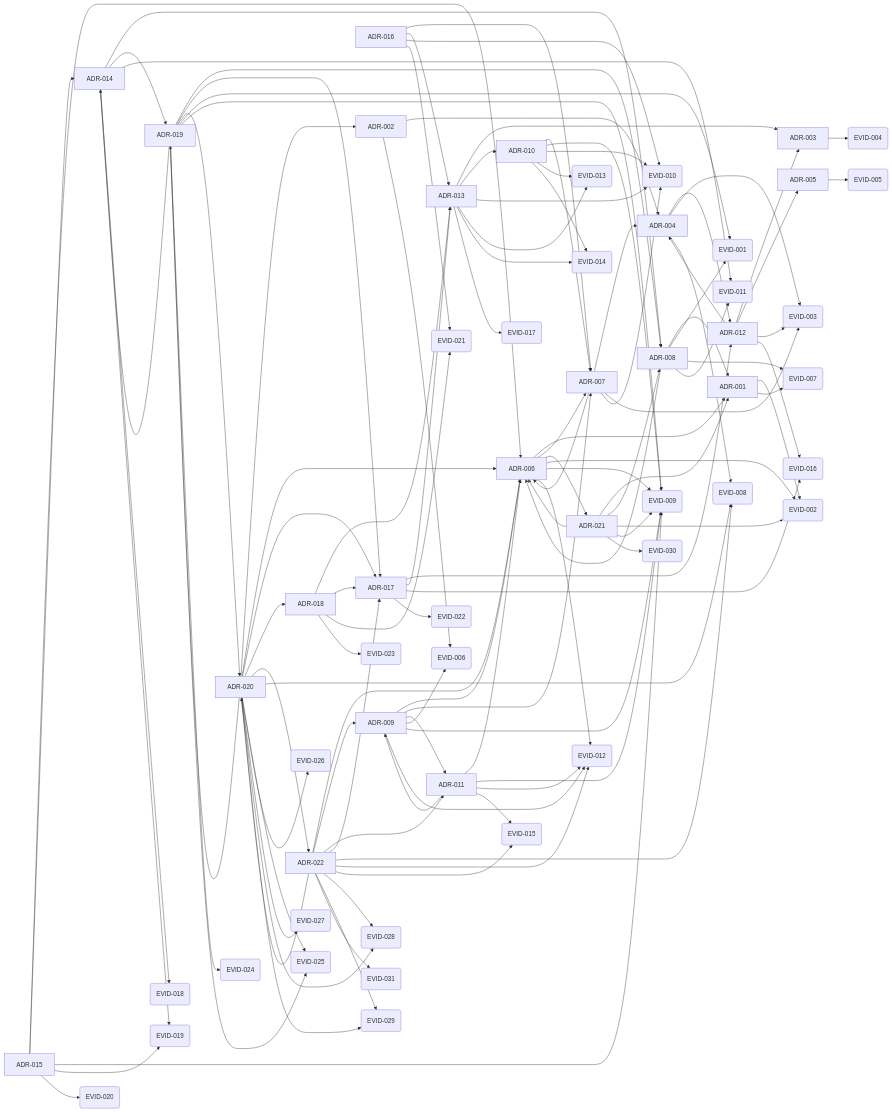
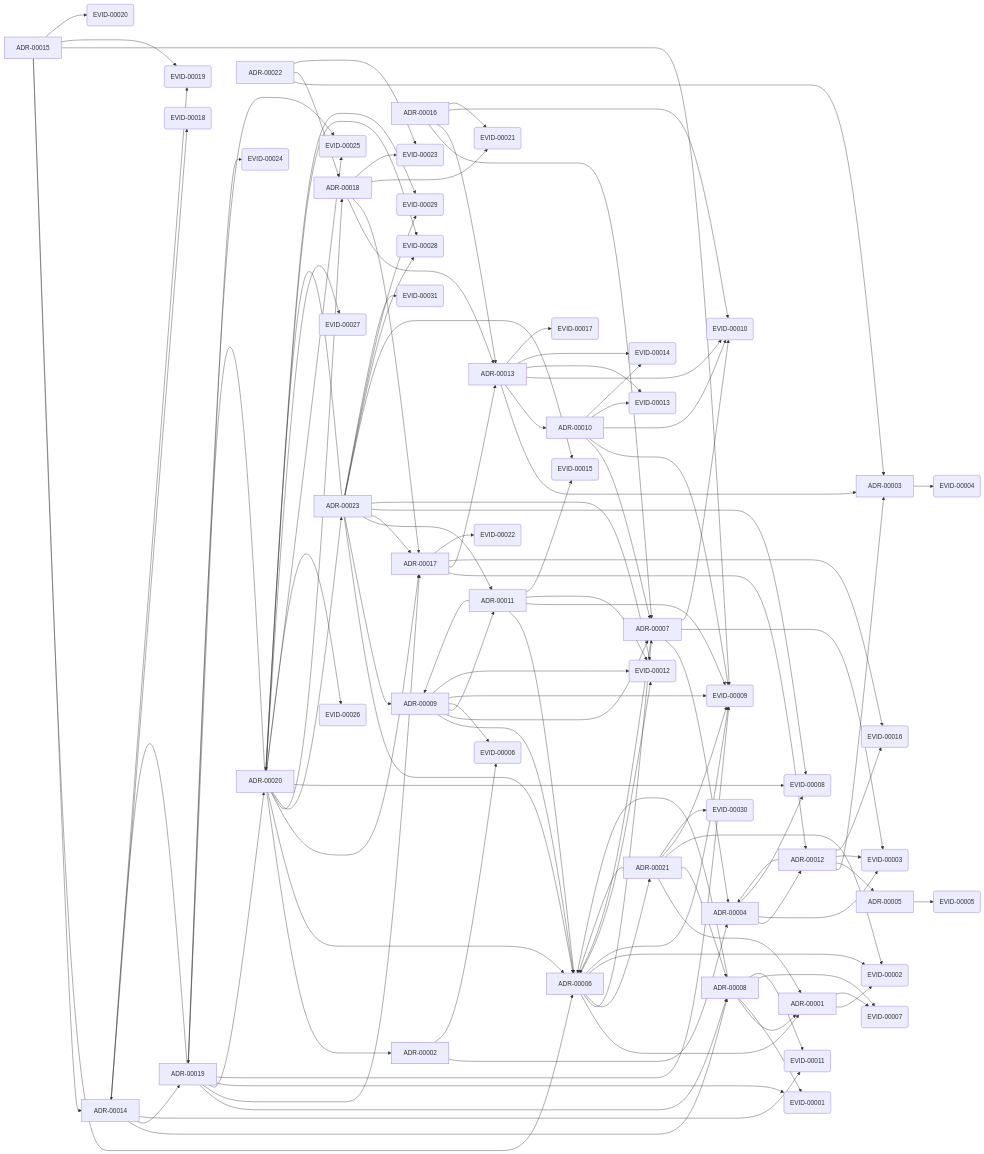
Before and after one commit to TeramachiShunsuke/aidd: the diagram in GRAPH.md, drawn with Mermaid. The commit also changed other lines of this file and 8 other files, not shown here.

````diff
--- a/GRAPH.md
+++ b/GRAPH.md
@@ -35,166 +35,170 @@
 ```mermaid
 graph LR
-  ADR_001[ADR-001]
-  ADR_002[ADR-002]
-  ADR_003[ADR-003]
-  ADR_004[ADR-004]
-  ADR_005[ADR-005]
-  ADR_006[ADR-006]
-  ADR_007[ADR-007]
-  ADR_008[ADR-008]
-  ADR_009[ADR-009]
-  ADR_010[ADR-010]
-  ADR_011[ADR-011]
-  ADR_012[ADR-012]
-  ADR_013[ADR-013]
-  ADR_014[ADR-014]
-  ADR_015[ADR-015]
-  ADR_016[ADR-016]
-  ADR_017[ADR-017]
-  ADR_018[ADR-018]
-  ADR_019[ADR-019]
-  ADR_020[ADR-020]
-  ADR_021[ADR-021]
-  ADR_022[ADR-022]
-  EVID_001(EVID-001)
-  EVID_002(EVID-002)
-  EVID_003(EVID-003)
-  EVID_004(EVID-004)
-  EVID_005(EVID-005)
-  EVID_006(EVID-006)
-  EVID_007(EVID-007)
-  EVID_008(EVID-008)
-  EVID_009(EVID-009)
-  EVID_010(EVID-010)
-  EVID_011(EVID-011)
-  EVID_012(EVID-012)
-  EVID_013(EVID-013)
-  EVID_014(EVID-014)
-  EVID_015(EVID-015)
-  EVID_016(EVID-016)
-  EVID_017(EVID-017)
-  EVID_018(EVID-018)
-  EVID_019(EVID-019)
-  EVID_020(EVID-020)
-  EVID_021(EVID-021)
-  EVID_022(EVID-022)
-  EVID_023(EVID-023)
-  EVID_024(EVID-024)
-  EVID_025(EVID-025)
-  EVID_026(EVID-026)
-  EVID_027(EVID-027)
-  EVID_028(EVID-028)
-  EVID_029(EVID-029)
-  EVID_030(EVID-030)
-  EVID_031(EVID-031)
-  ADR_001 --> EVID_002
-  ADR_001 --> EVID_007
-  ADR_002 --> ADR_004
-  ADR_002 --> EVID_006
-  ADR_003 --> EVID_004
-  ADR_004 --> ADR_012
-  ADR_004 --> EVID_003
-  ADR_004 --> EVID_008
-  ADR_005 --> EVID_005
-  ADR_006 --> ADR_001
-  ADR_006 --> ADR_007
-  ADR_006 --> ADR_021
-  ADR_006 --> EVID_002
-  ADR_006 --> EVID_009
-  ADR_006 --> EVID_012
-  ADR_007 --> ADR_004
-  ADR_007 --> ADR_006
-  ADR_007 --> EVID_003
-  ADR_007 --> EVID_010
-  ADR_008 --> ADR_001
-  ADR_008 --> ADR_006
-  ADR_008 --> EVID_001
-  ADR_008 --> EVID_007
-  ADR_008 --> EVID_011
-  ADR_009 --> ADR_006
-  ADR_009 --> ADR_007
-  ADR_009 --> ADR_011
-  ADR_009 --> EVID_006
-  ADR_009 --> EVID_009
-  ADR_009 --> EVID_012
-  ADR_010 --> ADR_007
-  ADR_010 --> EVID_009
-  ADR_010 --> EVID_010
-  ADR_010 --> EVID_013
-  ADR_010 --> EVID_014
-  ADR_011 --> ADR_006
-  ADR_011 --> ADR_009
-  ADR_011 --> EVID_009
-  ADR_011 --> EVID_012
-  ADR_011 --> EVID_015
-  ADR_012 --> ADR_003
-  ADR_012 --> ADR_004
-  ADR_012 --> ADR_005
-  ADR_012 --> EVID_003
-  ADR_012 --> EVID_016
-  ADR_013 --> ADR_003
-  ADR_013 --> ADR_010
-  ADR_013 --> EVID_010
-  ADR_013 --> EVID_013
-  ADR_013 --> EVID_014
-  ADR_013 --> EVID_017
-  ADR_014 --> ADR_008
-  ADR_014 --> ADR_019
-  ADR_014 --> EVID_011
-  ADR_014 --> EVID_018
-  ADR_014 --> EVID_019
-  ADR_015 --> ADR_006
-  ADR_015 --> ADR_014
-  ADR_015 --> EVID_009
-  ADR_015 --> EVID_019
-  ADR_015 --> EVID_020
-  ADR_016 --> ADR_007
-  ADR_016 --> ADR_013
-  ADR_016 --> EVID_010
-  ADR_016 --> EVID_021
-  ADR_017 --> ADR_012
-  ADR_017 --> ADR_013
-  ADR_017 --> EVID_016
-  ADR_017 --> EVID_022
-  ADR_018 --> ADR_013
-  ADR_018 --> ADR_017
-  ADR_018 --> EVID_021
-  ADR_018 --> EVID_023
-  ADR_019 --> ADR_008
-  ADR_019 --> ADR_014
-  ADR_019 --> ADR_017
-  ADR_019 --> ADR_020
-  ADR_019 --> EVID_001
-  ADR_019 --> EVID_009
-  ADR_019 --> EVID_024
-  ADR_019 --> EVID_025
-  ADR_020 --> ADR_002
-  ADR_020 --> ADR_006
-  ADR_020 --> ADR_017
-  ADR_020 --> ADR_018
-  ADR_020 --> ADR_019
-  ADR_020 --> ADR_022
-  ADR_020 --> EVID_008
-  ADR_020 --> EVID_025
-  ADR_020 --> EVID_026
-  ADR_020 --> EVID_027
-  ADR_020 --> EVID_028
-  ADR_020 --> EVID_029
-  ADR_021 --> ADR_001
-  ADR_021 --> ADR_006
-  ADR_021 --> ADR_008
-  ADR_021 --> EVID_002
-  ADR_021 --> EVID_009
-  ADR_021 --> EVID_030
-  ADR_022 --> ADR_006
-  ADR_022 --> ADR_009
-  ADR_022 --> ADR_011
-  ADR_022 --> ADR_017
-  ADR_022 --> ADR_020
-  ADR_022 --> EVID_008
-  ADR_022 --> EVID_012
-  ADR_022 --> EVID_015
-  ADR_022 --> EVID_028
-  ADR_022 --> EVID_029
-  ADR_022 --> EVID_031
+  ADR_00001[ADR-00001]
+  ADR_00002[ADR-00002]
+  ADR_00003[ADR-00003]
+  ADR_00004[ADR-00004]
+  ADR_00005[ADR-00005]
+  ADR_00006[ADR-00006]
+  ADR_00007[ADR-00007]
+  ADR_00008[ADR-00008]
+  ADR_00009[ADR-00009]
+  ADR_00010[ADR-00010]
+  ADR_00011[ADR-00011]
+  ADR_00012[ADR-00012]
+  ADR_00013[ADR-00013]
+  ADR_00014[ADR-00014]
+  ADR_00015[ADR-00015]
+  ADR_00016[ADR-00016]
+  ADR_00017[ADR-00017]
+  ADR_00018[ADR-00018]
+  ADR_00019[ADR-00019]
+  ADR_00020[ADR-00020]
+  ADR_00021[ADR-00021]
+  ADR_00022[ADR-00022]
+  ADR_00023[ADR-00023]
+  EVID_00001(EVID-00001)
+  EVID_00002(EVID-00002)
+  EVID_00003(EVID-00003)
+  EVID_00004(EVID-00004)
+  EVID_00005(EVID-00005)
+  EVID_00006(EVID-00006)
+  EVID_00007(EVID-00007)
+  EVID_00008(EVID-00008)
+  EVID_00009(EVID-00009)
+  EVID_00010(EVID-00010)
+  EVID_00011(EVID-00011)
+  EVID_00012(EVID-00012)
+  EVID_00013(EVID-00013)
+  EVID_00014(EVID-00014)
+  EVID_00015(EVID-00015)
+  EVID_00016(EVID-00016)
+  EVID_00017(EVID-00017)
+  EVID_00018(EVID-00018)
+  EVID_00019(EVID-00019)
+  EVID_00020(EVID-00020)
+  EVID_00021(EVID-00021)
+  EVID_00022(EVID-00022)
+  EVID_00023(EVID-00023)
+  EVID_00024(EVID-00024)
+  EVID_00025(EVID-00025)
+  EVID_00026(EVID-00026)
+  EVID_00027(EVID-00027)
+  EVID_00028(EVID-00028)
+  EVID_00029(EVID-00029)
+  EVID_00030(EVID-00030)
+  EVID_00031(EVID-00031)
+  ADR_00001 --> EVID_00002
+  ADR_00001 --> EVID_00007
+  ADR_00002 --> ADR_00004
+  ADR_00002 --> EVID_00006
+  ADR_00003 --> EVID_00004
+  ADR_00004 --> ADR_00012
+  ADR_00004 --> EVID_00003
+  ADR_00004 --> EVID_00008
+  ADR_00005 --> EVID_00005
+  ADR_00006 --> ADR_00001
+  ADR_00006 --> ADR_00007
+  ADR_00006 --> ADR_00021
+  ADR_00006 --> EVID_00002
+  ADR_00006 --> EVID_00009
+  ADR_00006 --> EVID_00012
+  ADR_00007 --> ADR_00004
+  ADR_00007 --> ADR_00006
+  ADR_00007 --> EVID_00003
+  ADR_00007 --> EVID_00010
+  ADR_00008 --> ADR_00001
+  ADR_00008 --> ADR_00006
+  ADR_00008 --> EVID_00001
+  ADR_00008 --> EVID_00007
+  ADR_00008 --> EVID_00011
+  ADR_00009 --> ADR_00006
+  ADR_00009 --> ADR_00007
+  ADR_00009 --> ADR_00011
+  ADR_00009 --> EVID_00006
+  ADR_00009 --> EVID_00009
+  ADR_00009 --> EVID_00012
+  ADR_00010 --> ADR_00007
+  ADR_00010 --> EVID_00009
+  ADR_00010 --> EVID_00010
+  ADR_00010 --> EVID_00013
+  ADR_00010 --> EVID_00014
+  ADR_00011 --> ADR_00006
+  ADR_00011 --> ADR_00009
+  ADR_00011 --> EVID_00009
+  ADR_00011 --> EVID_00012
+  ADR_00011 --> EVID_00015
+  ADR_00012 --> ADR_00003
+  ADR_00012 --> ADR_00004
+  ADR_00012 --> ADR_00005
+  ADR_00012 --> EVID_00003
+  ADR_00012 --> EVID_00016
+  ADR_00013 --> ADR_00003
+  ADR_00013 --> ADR_00010
+  ADR_00013 --> EVID_00010
+  ADR_00013 --> EVID_00013
+  ADR_00013 --> EVID_00014
+  ADR_00013 --> EVID_00017
+  ADR_00014 --> ADR_00008
+  ADR_00014 --> ADR_00019
+  ADR_00014 --> EVID_00011
+  ADR_00014 --> EVID_00018
+  ADR_00014 --> EVID_00019
+  ADR_00015 --> ADR_00006
+  ADR_00015 --> ADR_00014
+  ADR_00015 --> EVID_00009
+  ADR_00015 --> EVID_00019
+  ADR_00015 --> EVID_00020
+  ADR_00016 --> ADR_00007
+  ADR_00016 --> ADR_00013
+  ADR_00016 --> EVID_00010
+  ADR_00016 --> EVID_00021
+  ADR_00017 --> ADR_00012
+  ADR_00017 --> ADR_00013
+  ADR_00017 --> EVID_00016
+  ADR_00017 --> EVID_00022
+  ADR_00018 --> ADR_00013
+  ADR_00018 --> ADR_00017
+  ADR_00018 --> EVID_00021
+  ADR_00018 --> EVID_00023
+  ADR_00019 --> ADR_00008
+  ADR_00019 --> ADR_00014
+  ADR_00019 --> ADR_00017
+  ADR_00019 --> ADR_00020
+  ADR_00019 --> EVID_00001
+  ADR_00019 --> EVID_00009
+  ADR_00019 --> EVID_00024
+  ADR_00019 --> EVID_00025
+  ADR_00020 --> ADR_00002
+  ADR_00020 --> ADR_00006
+  ADR_00020 --> ADR_00017
+  ADR_00020 --> ADR_00018
+  ADR_00020 --> ADR_00019
+  ADR_00020 --> ADR_00023
+  ADR_00020 --> EVID_00008
+  ADR_00020 --> EVID_00025
+  ADR_00020 --> EVID_00026
+  ADR_00020 --> EVID_00027
+  ADR_00020 --> EVID_00028
+  ADR_00020 --> EVID_00029
+  ADR_00021 --> ADR_00001
+  ADR_00021 --> ADR_00006
+  ADR_00021 --> ADR_00008
+  ADR_00021 --> EVID_00002
+  ADR_00021 --> EVID_00009
+  ADR_00021 --> EVID_00030
+  ADR_00022 --> ADR_00003
+  ADR_00022 --> ADR_00018
+  ADR_00022 --> EVID_00023
+  ADR_00023 --> ADR_00006
+  ADR_00023 --> ADR_00009
+  ADR_00023 --> ADR_00011
+  ADR_00023 --> ADR_00017
+  ADR_00023 --> ADR_00020
+  ADR_00023 --> EVID_00008
+  ADR_00023 --> EVID_00012
+  ADR_00023 --> EVID_00015
+  ADR_00023 --> EVID_00028
+  ADR_00023 --> EVID_00029
+  ADR_00023 --> EVID_00031
 ```
````
